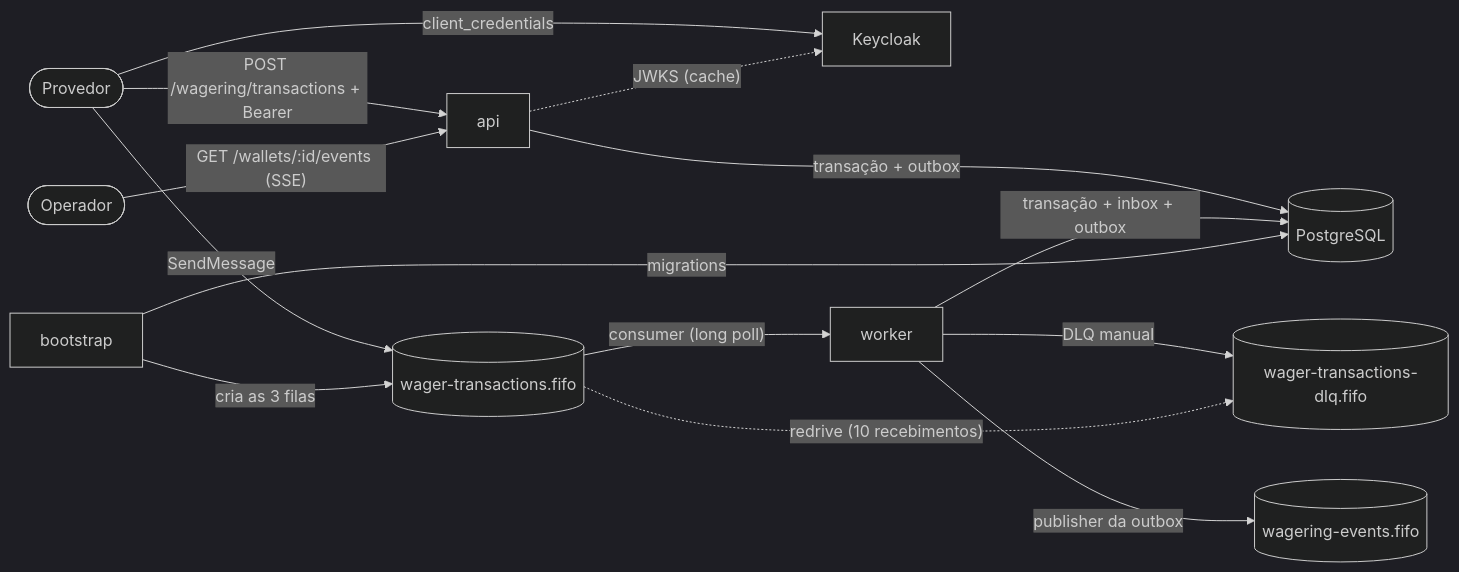
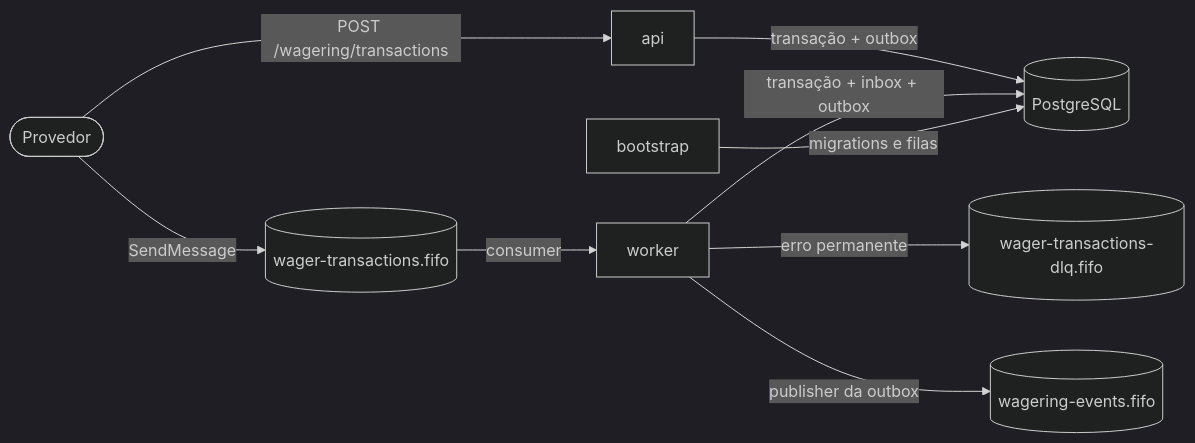
Before and after one commit to bruneckel/backend-challenge: the first of 2 diagrams in ARCHITECTURE.md, drawn with Mermaid (dark theme). The commit also changed other lines of this file and 1 other file, not shown here.

Commit message:
docs: trim ARCHITECTURE.md to what the challenge asks for

````diff
--- a/ARCHITECTURE.md
+++ b/ARCHITECTURE.md
@@ -9,16 +9,11 @@
 ```mermaid
 flowchart LR
-  provider([Provedor]) -- "client_credentials" --> keycloak[Keycloak]
-  provider -- "POST /wagering/transactions + Bearer" --> api
-  api -. "JWKS (cache)" .-> keycloak
-  operator([Operador]) -- "GET /wallets/:id/events (SSE)" --> api
+  provider([Provedor]) -- "POST /wagering/transactions" --> api
   provider -- SendMessage --> commands[(wager-transactions.fifo)]
-  commands -- "consumer (long poll)" --> worker
-  worker -- "DLQ manual" --> dlq[(wager-transactions-dlq.fifo)]
-  commands -. "redrive (10 recebimentos)" .-> dlq
+  commands -- "consumer" --> worker
+  worker -- "erro permanente" --> dlq[(wager-transactions-dlq.fifo)]
   api -- "transação + outbox" --> pg[(PostgreSQL)]
   worker -- "transação + inbox + outbox" --> pg
   worker -- "publisher da outbox" --> events[(wagering-events.fifo)]
-  bootstrap -- "migrations" --> pg
-  bootstrap -- "cria as 3 filas" --> commands
+  bootstrap -- "migrations e filas" --> pg
 ```
````
